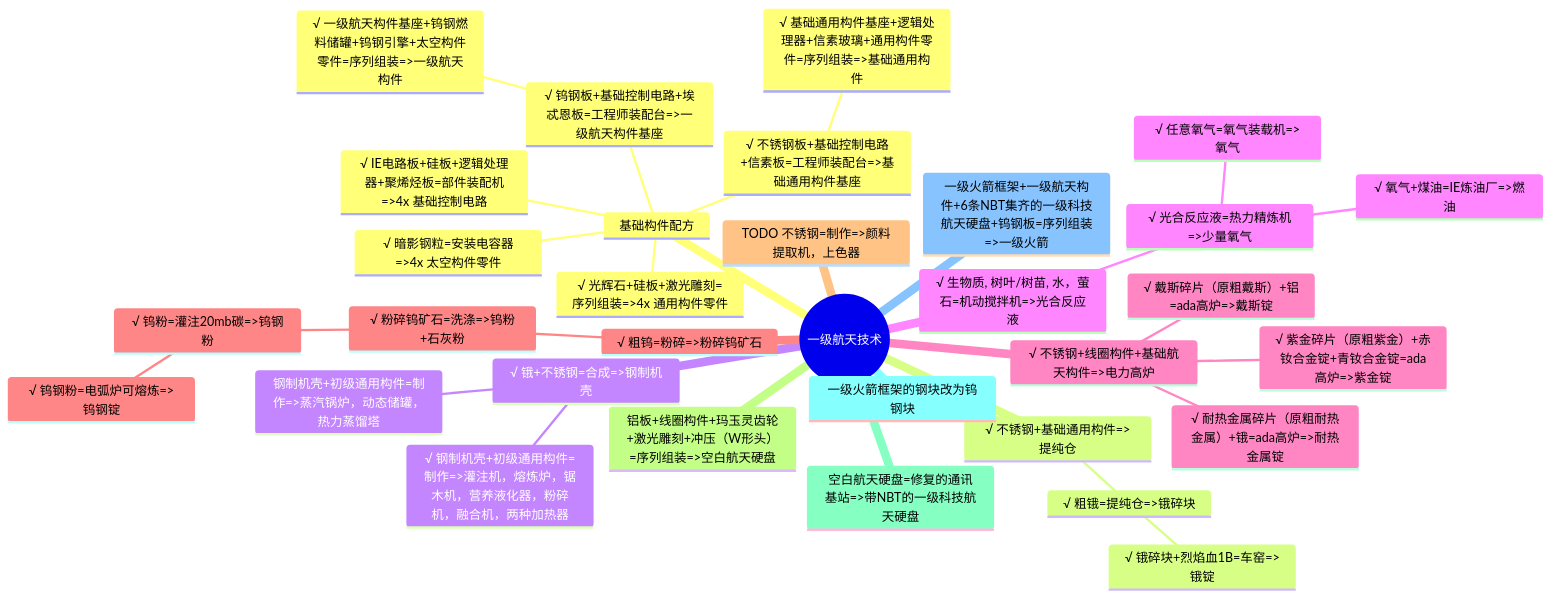
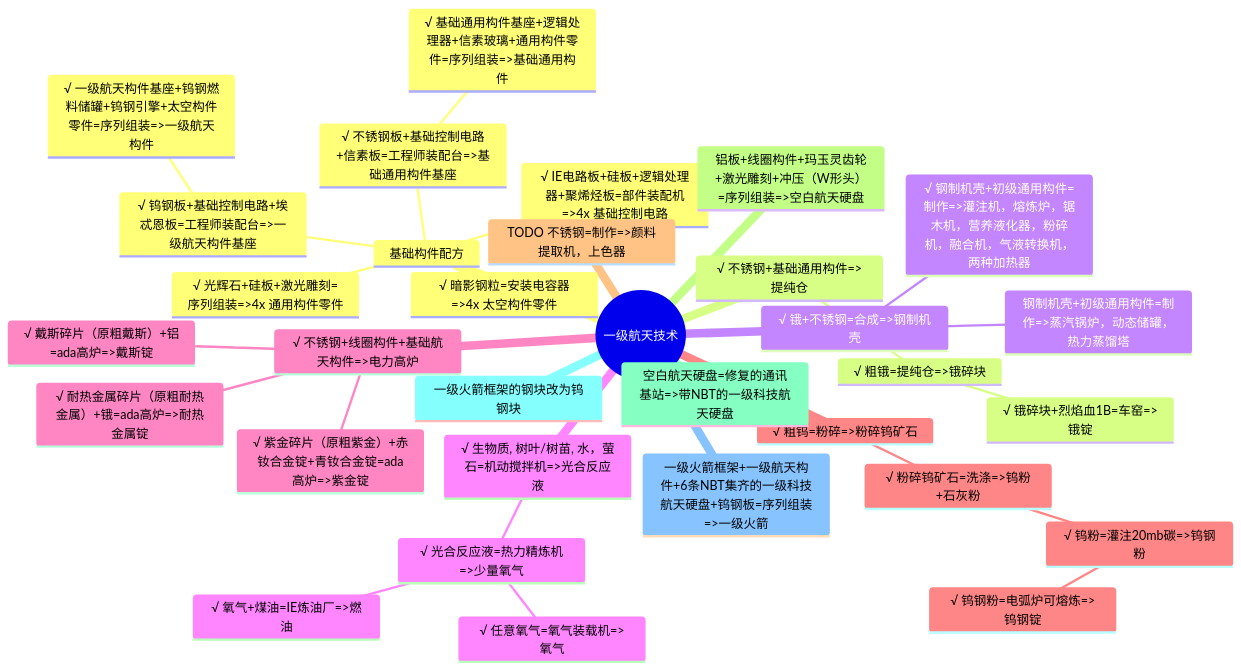
The first of 4 diagrams in Developer/TechTreeMap.md (VechniMetel/CodeNameCIM2), drawn with Mermaid before and after one commit. The commit also changed other lines of this file and 1 other file, not shown here.

````diff
--- a/Developer/TechTreeMap.md
+++ b/Developer/TechTreeMap.md
@@ -2,35 +2,35 @@
 ``` mermaid
 mindmap
     root((一级航天技术))
         基础构件配方
             √ IE电路板+硅板+逻辑处理器+聚烯烃板=部件装配机=>4x 基础控制电路
             √ 光辉石+硅板+激光雕刻=序列组装=>4x 通用构件零件
             √ 暗影钢粒=安装电容器=>4x 太空构件零件
             √ 钨钢板+基础控制电路+埃忒恩板=工程师装配台=>一级航天构件基座
                 √ 一级航天构件基座+钨钢燃料储罐+钨钢引擎+太空构件零件=序列组装=>一级航天构件
             √ 不锈钢板+基础控制电路+信素板=工程师装配台=>基础通用构件基座
                 √ 基础通用构件基座+逻辑处理器+信素玻璃+通用构件零件=序列组装=>基础通用构件
         √ 不锈钢+基础通用构件=>提纯仓
             √ 粗锇=提纯仓=>锇碎块
                 √ 锇碎块+烈焰血1B=车窑=>锇锭
         √ 锇+不锈钢=合成=>钢制机壳
-            √ 钢制机壳+初级通用构件=制作=>灌注机，熔炼炉，锯木机，营养液化器，粉碎机，融合机，两种加热器
+            √ 钢制机壳+初级通用构件=制作=>灌注机，熔炼炉，锯木机，营养液化器，粉碎机，融合机，气液转换机，两种加热器
             钢制机壳+初级通用构件=制作=>蒸汽锅炉，动态储罐，热力蒸馏塔
         √ 生物质, 树叶/树苗, 水，萤石=机动搅拌机=>光合反应液
             √ 光合反应液=热力精炼机=>少量氧气
                 √ 氧气+煤油=IE炼油厂=>燃油
                 √ 任意氧气=氧气装载机=>氧气
         √ 不锈钢+线圈构件+基础航天构件=>电力高炉
             √ 紫金碎片（原粗紫金）+赤钕合金锭+青钕合金锭=ada高炉=>紫金锭
             √ 耐热金属碎片（原粗耐热金属）+锇=ada高炉=>耐热金属锭
             √ 戴斯碎片（原粗戴斯）+铝=ada高炉=>戴斯锭
         √ 粗钨=粉碎=>粉碎钨矿石
             √ 粉碎钨矿石=洗涤=>钨粉+石灰粉
                 √ 钨粉=灌注20mb碳=>钨钢粉
                     √ 钨钢粉=电弧炉可熔炼=>钨钢锭
         TODO 不锈钢=制作=>颜料提取机，上色器
         铝板+线圈构件+玛玉灵齿轮+激光雕刻+冲压（W形头）=序列组装=>空白航天硬盘
         空白航天硬盘=修复的通讯基站=>带NBT的一级科技航天硬盘
         一级火箭框架的钢块改为钨钢块
         一级火箭框架+一级航天构件+6条NBT集齐的一级科技航天硬盘+钨钢板=序列组装=>一级火箭
 ```
````
